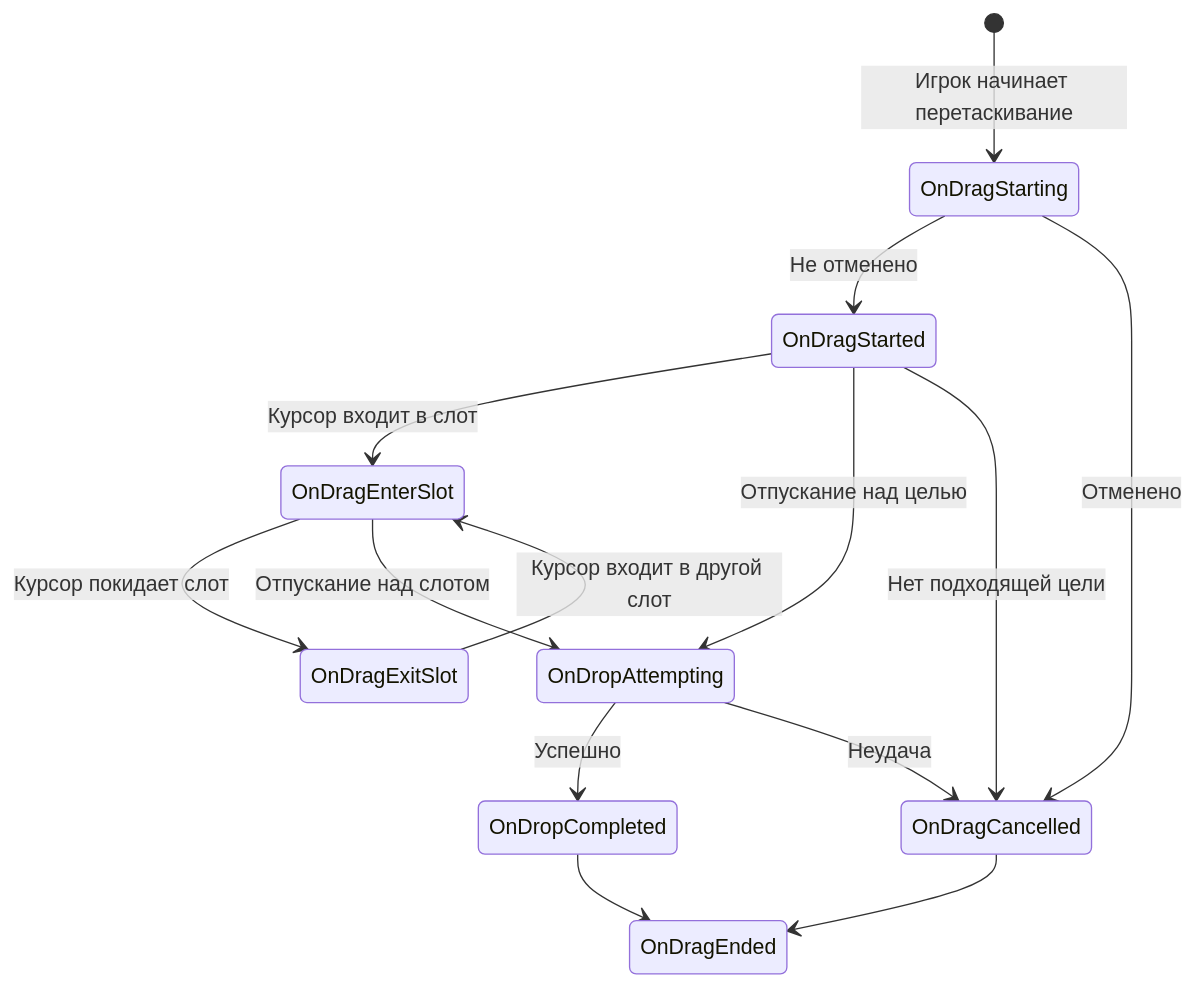
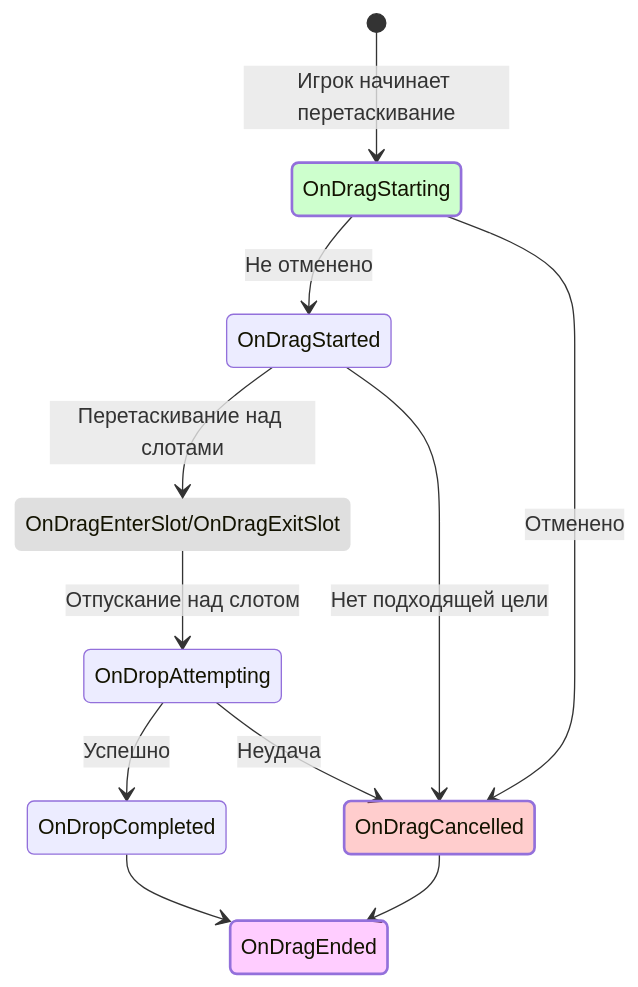
The first of 2 diagrams in .docs/content/reference/events.md (SergeevSergey99/DragAndDropSystem-Docs), drawn with Mermaid before and after one commit. The commit also changed 1 other file, not shown here.

Commit message:
фикс графиков

````diff
--- a/.docs/content/reference/events.md
+++ b/.docs/content/reference/events.md
@@ -9,16 +9,25 @@
 ```mermaid
 stateDiagram-v2
+    classDef dragEnded fill:#f4f4,stroke-width:2px
+    classDef dragCancelled fill:#f444,stroke-width:2px
+    classDef dragStarted fill:#4F44,stroke-width:2px
+    classDef dragOver fill:#8884,stroke-width:0px
+
+    DragOver: OnDragEnterSlot/OnDragExitSlot
+
     [*] --> OnDragStarting: Игрок начинает перетаскивание
     OnDragStarting --> OnDragStarted: Не отменено
     OnDragStarting --> OnDragCancelled: Отменено
-    OnDragStarted --> OnDragEnterSlot: Курсор входит в слот
-    OnDragEnterSlot --> OnDragExitSlot: Курсор покидает слот
-    OnDragExitSlot --> OnDragEnterSlot: Курсор входит в другой слот
-    OnDragStarted --> OnDropAttempting: Отпускание над целью
-    OnDragEnterSlot --> OnDropAttempting: Отпускание над слотом
+    OnDragStarted --> DragOver: Перетаскивание над слотами
+    DragOver --> OnDropAttempting: Отпускание над слотом
     OnDragStarted --> OnDragCancelled: Нет подходящей цели
     OnDropAttempting --> OnDropCompleted: Успешно
     OnDropAttempting --> OnDragCancelled: Неудача
     OnDropCompleted --> OnDragEnded
     OnDragCancelled --> OnDragEnded
+
+    class DragOver dragOver
+    class OnDragStarting dragStarted
+    class OnDragCancelled dragCancelled
+    class OnDragEnded dragEnded
 ```
````
